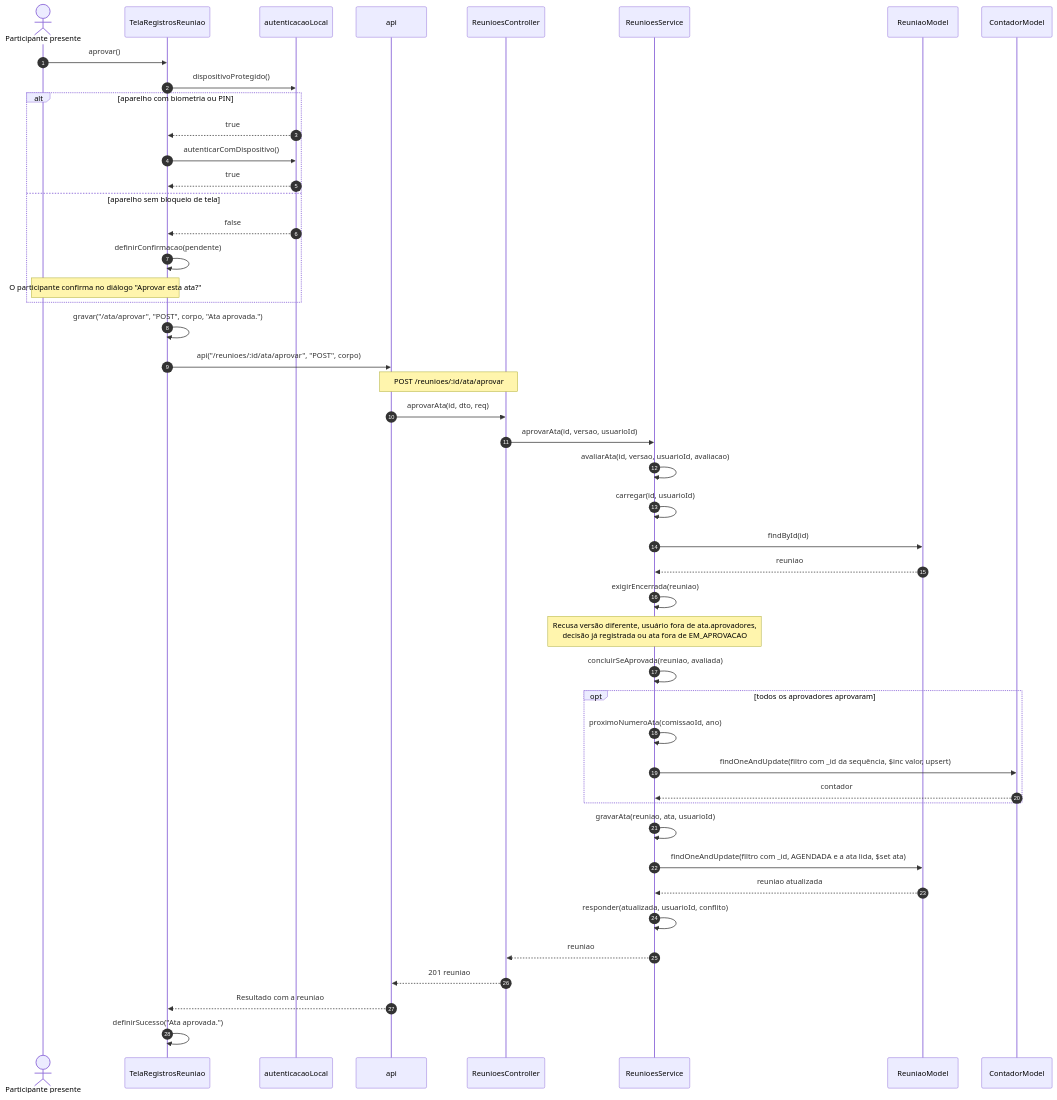
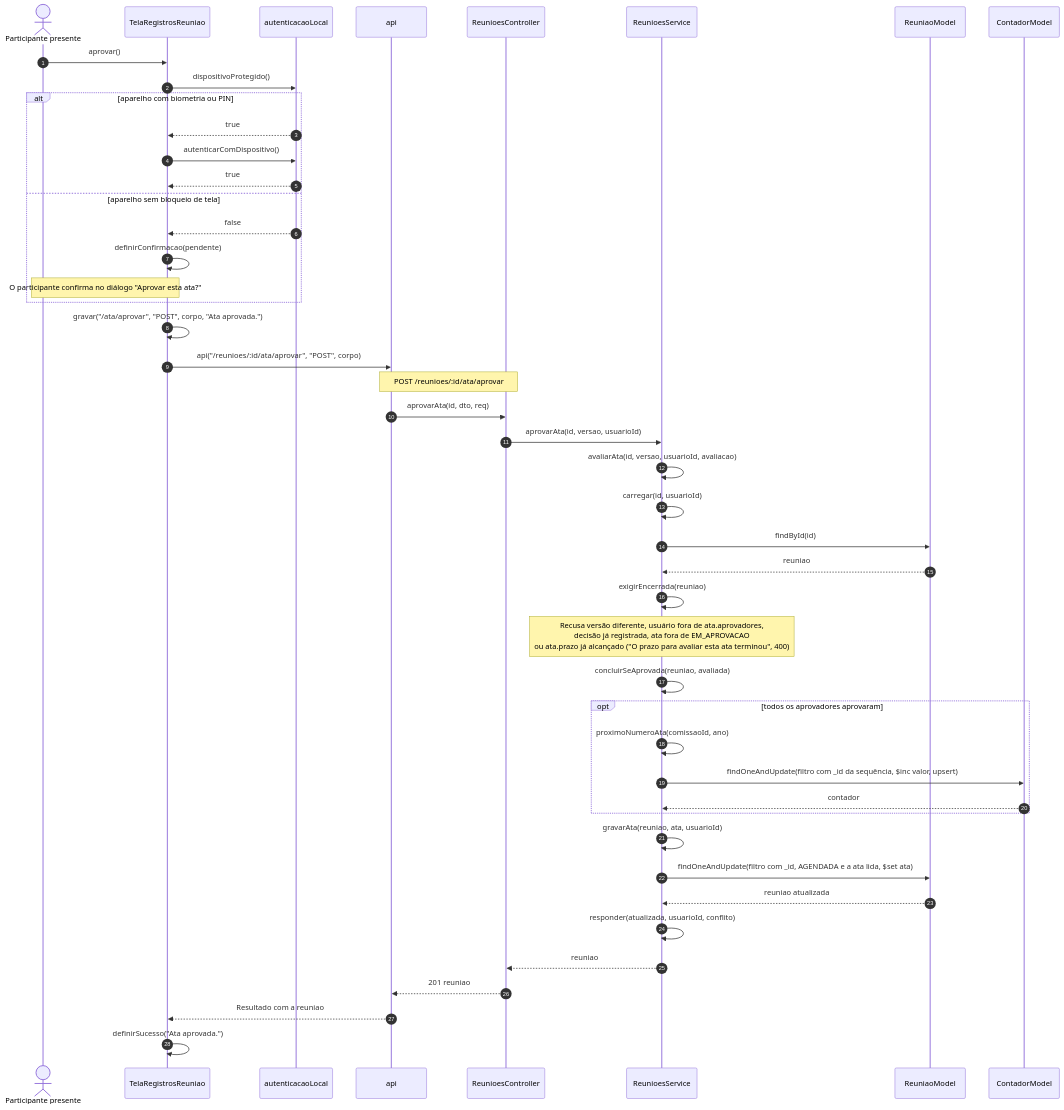
The third of 9 diagrams in 4 - Incremento3/atas/6 - diagramas-sequencia-atas.md (Conecta-IFSP/DOCUMENTATION), drawn with Mermaid before and after one commit. The commit also changed other lines of this file and 9 other files, not shown here.

Commit message:
Documenta a aprovação da ata pelo fim do prazo

````diff
--- a/4 - Incremento3/atas/6 - diagramas-sequencia-atas.md
+++ b/4 - Incremento3/atas/6 - diagramas-sequencia-atas.md
@@ -96,48 +96,48 @@
 ```mermaid
 sequenceDiagram
     autonumber
     actor U as Participante presente
     participant T as TelaRegistrosReuniao
     participant L as autenticacaoLocal
     participant A as api
     participant C as ReunioesController
     participant S as ReunioesService
     participant M as ReuniaoModel
     participant N as ContadorModel
     U->>T: aprovar()
     T->>L: dispositivoProtegido()
     alt aparelho com biometria ou PIN
         L-->>T: true
         T->>L: autenticarComDispositivo()
         L-->>T: true
     else aparelho sem bloqueio de tela
         L-->>T: false
         T->>T: definirConfirmacao(pendente)
         Note over U,T: O participante confirma no diálogo "Aprovar esta ata?"
     end
     T->>T: gravar("/ata/aprovar", "POST", corpo, "Ata aprovada.")
     T->>A: api("/reunioes/:id/ata/aprovar", "POST", corpo)
     Note over A,C: POST /reunioes/:id/ata/aprovar
     A->>C: aprovarAta(id, dto, req)
     C->>S: aprovarAta(id, versao, usuarioId)
     S->>S: avaliarAta(id, versao, usuarioId, avaliacao)
     S->>S: carregar(id, usuarioId)
     S->>M: findById(id)
     M-->>S: reuniao
     S->>S: exigirEncerrada(reuniao)
-    Note over S: Recusa versão diferente, usuário fora de ata.aprovadores,<br/>decisão já registrada ou ata fora de EM_APROVACAO
+    Note over S: Recusa versão diferente, usuário fora de ata.aprovadores,<br/>decisão já registrada, ata fora de EM_APROVACAO<br/>ou ata.prazo já alcançado ("O prazo para avaliar esta ata terminou", 400)
     S->>S: concluirSeAprovada(reuniao, avaliada)
     opt todos os aprovadores aprovaram
         S->>S: proximoNumeroAta(comissaoId, ano)
         S->>N: findOneAndUpdate(filtro com _id da sequência, $inc valor, upsert)
         N-->>S: contador
     end
     S->>S: gravarAta(reuniao, ata, usuarioId)
     S->>M: findOneAndUpdate(filtro com _id, AGENDADA e a ata lida, $set ata)
     M-->>S: reuniao atualizada
     S->>S: responder(atualizada, usuarioId, conflito)
     S-->>C: reuniao
     C-->>A: 201 reuniao
     A-->>T: Resultado com a reuniao
     T->>T: definirSucesso("Ata aprovada.")
 ```
````
